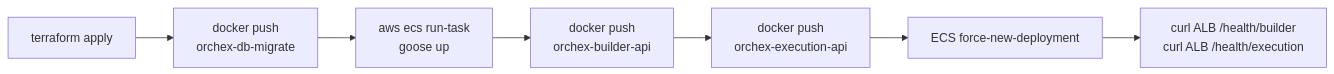
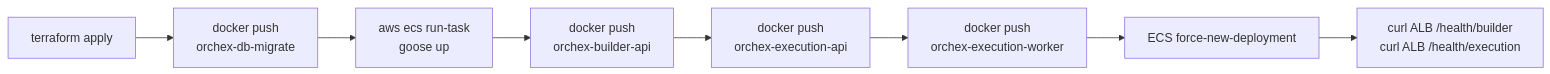
One commit to Nabhag8848/orchex changed the third of 3 diagrams in infra/README.md. Above: the diagram before and after it, drawn with Mermaid. The commit also changed other lines of this file and 23 other files, not shown here.

First line of the commit message:
Add an execution worker that consumes SQS, with ElasticMQ locally and ECS in AWS.

````diff
--- a/infra/README.md
+++ b/infra/README.md
@@ -189,9 +209,10 @@
 ```mermaid
 flowchart LR
   A["terraform apply"] --> B["docker push<br/>orchex-db-migrate"]
   B --> C["aws ecs run-task<br/>goose up"]
   C --> D["docker push<br/>orchex-builder-api"]
   D --> E["docker push<br/>orchex-execution-api"]
-  E --> F["ECS force-new-deployment"]
-  F --> G["curl ALB /health/builder<br/>curl ALB /health/execution"]
+  E --> F["docker push<br/>orchex-execution-worker"]
+  F --> G["ECS force-new-deployment"]
+  G --> H["curl ALB /health/builder<br/>curl ALB /health/execution"]
 ```
````
